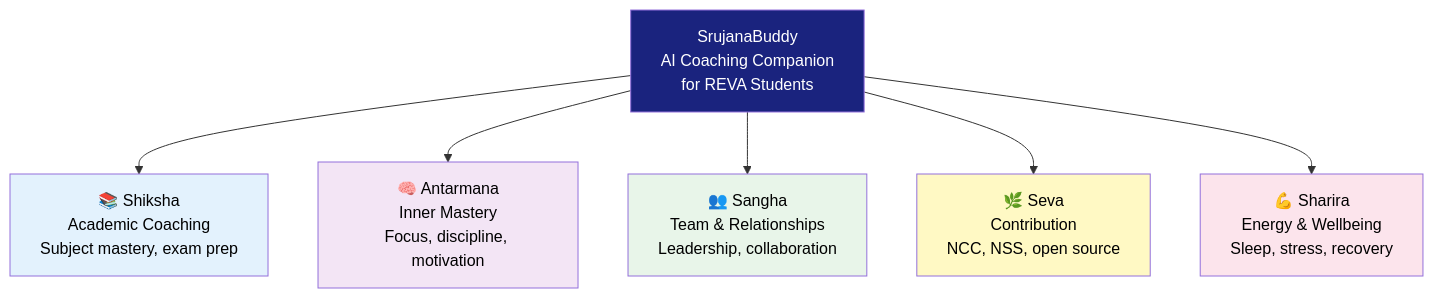
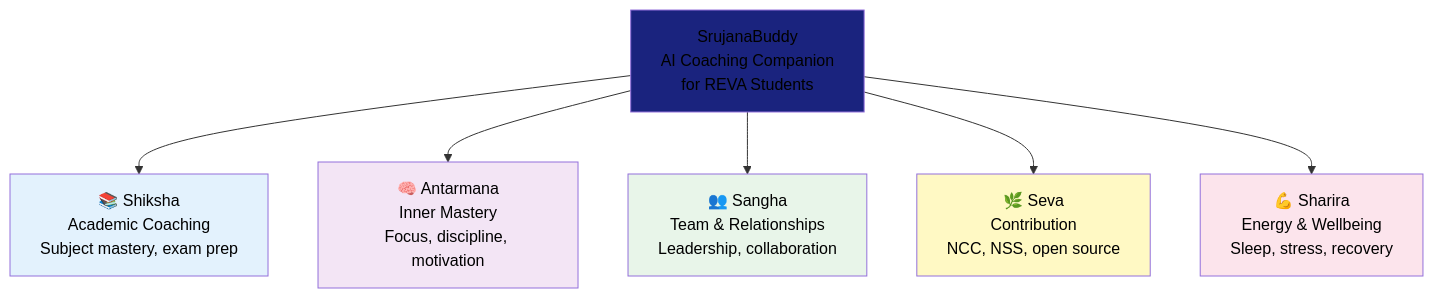
Before and after one commit to sanchitnis/SrujanaBuddy: the sixth of 15 diagrams in review/srujanabuddy-leadership-demo-v1.0.md, drawn with Mermaid. The commit also changed other lines of this file, not shown here.

````diff
--- a/review/srujanabuddy-leadership-demo-v1.0.md
+++ b/review/srujanabuddy-leadership-demo-v1.0.md
@@ -206,17 +206,17 @@
 ```mermaid
 graph TB
     SB["SrujanaBuddy\nAI Coaching Companion\nfor REVA Students"]
 
     SB --> C1["📚 Shiksha\nAcademic Coaching\nSubject mastery, exam prep"]
     SB --> C2["🧠 Antarmana\nInner Mastery\nFocus, discipline, motivation"]
     SB --> C3["👥 Sangha\nTeam & Relationships\nLeadership, collaboration"]
     SB --> C4["🌿 Seva\nContribution\nNCC, NSS, open source"]
     SB --> C5["💪 Sharira\nEnergy & Wellbeing\nSleep, stress, recovery"]
 
-    style SB fill:#1a237e,color:#ffffff
+    style SB fill:#1a237e,color:#000
     style C1 fill:#e3f2fd,color:#000
     style C2 fill:#f3e5f5,color:#000
     style C3 fill:#e8f5e9,color:#000
     style C4 fill:#fff9c4,color:#000
     style C5 fill:#fce4ec,color:#000
 ```
````
